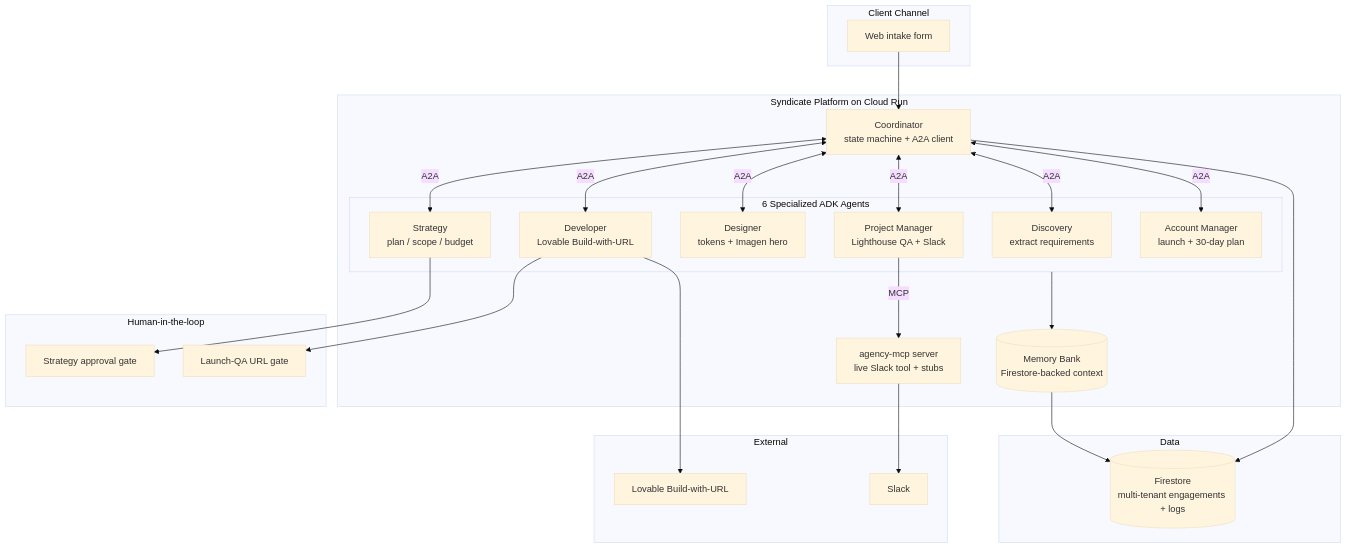
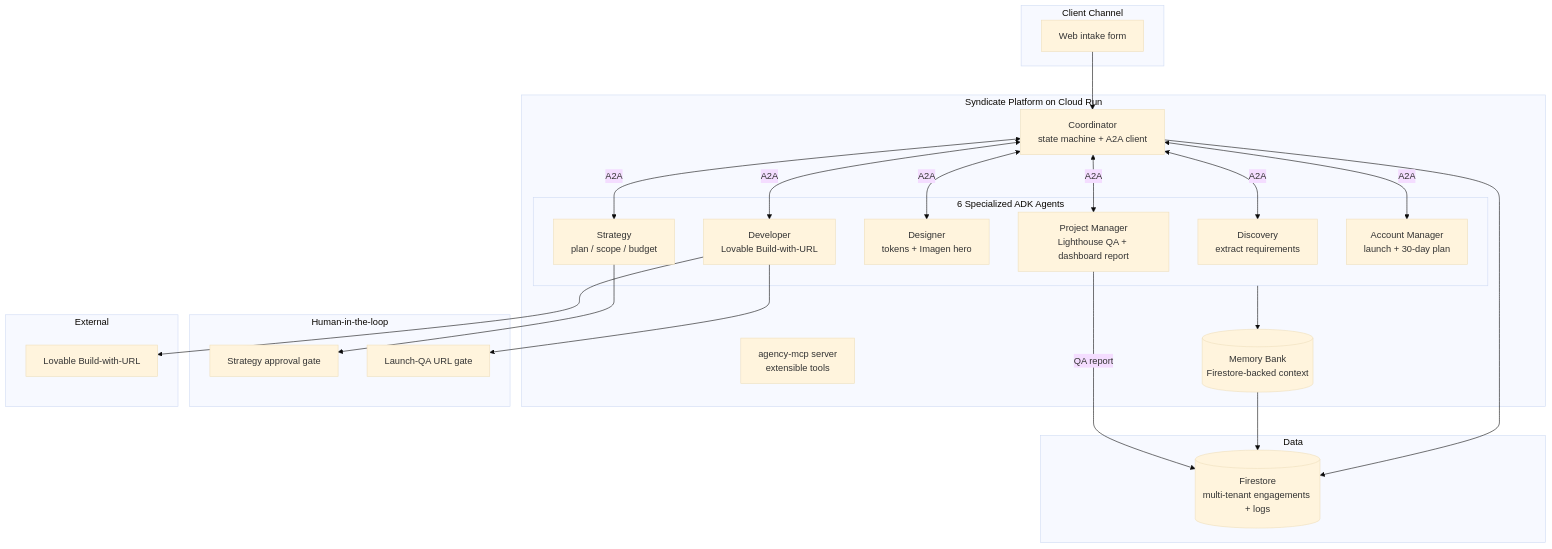
Before and after one commit to Andy-Aseye/syndicate: the diagram in README.md, drawn with Mermaid (base theme). The commit also changed 21 other files, not shown here.

First line of the commit message:
feat: seamless launch flow + effective ADK tool usage

````diff
--- a/README.md
+++ b/README.md
@@ -26,55 +26,53 @@
 ```mermaid
 flowchart TB
     subgraph CLIENT[Client Channel]
         WEB[Web intake form]
     end
 
     subgraph ATLAS[Syndicate Platform on Cloud Run]
         COORD[Coordinator<br/>state machine + A2A client]
 
         subgraph AGENTS[6 Specialized ADK Agents]
             DISC[Discovery<br/>extract requirements]
             STRAT[Strategy<br/>plan / scope / budget]
             DES[Designer<br/>tokens + Imagen hero]
             DEV[Developer<br/>Lovable Build-with-URL]
-            PM[Project Manager<br/>Lighthouse QA + Slack]
+            PM[Project Manager<br/>Lighthouse QA + dashboard report]
             ACC[Account Manager<br/>launch + 30-day plan]
         end
 
-        MCP[agency-mcp server<br/>live Slack tool + stubs]
+        MCP[agency-mcp server<br/>extensible tools]
         MEM[(Memory Bank<br/>Firestore-backed context)]
     end
 
     subgraph GATES[Human-in-the-loop]
         APP[Strategy approval gate]
         URL[Launch-QA URL gate]
     end
 
     subgraph DATA[Data]
         FS[(Firestore<br/>multi-tenant engagements + logs)]
     end
 
     subgraph EXT[External]
         LOV[Lovable Build-with-URL]
-        SLACK[Slack]
     end
 
     WEB --> COORD
     COORD <-->|A2A| DISC
     COORD <-->|A2A| STRAT
     COORD <-->|A2A| DES
     COORD <-->|A2A| DEV
     COORD <-->|A2A| PM
     COORD <-->|A2A| ACC
 
     STRAT --> APP
     DEV --> URL
 
-    PM -->|MCP| MCP
-    MCP --> SLACK
+    PM -->|QA report| FS
     DEV --> LOV
 
     AGENTS --> MEM
     MEM --> FS
     COORD --> FS
 ```
````
